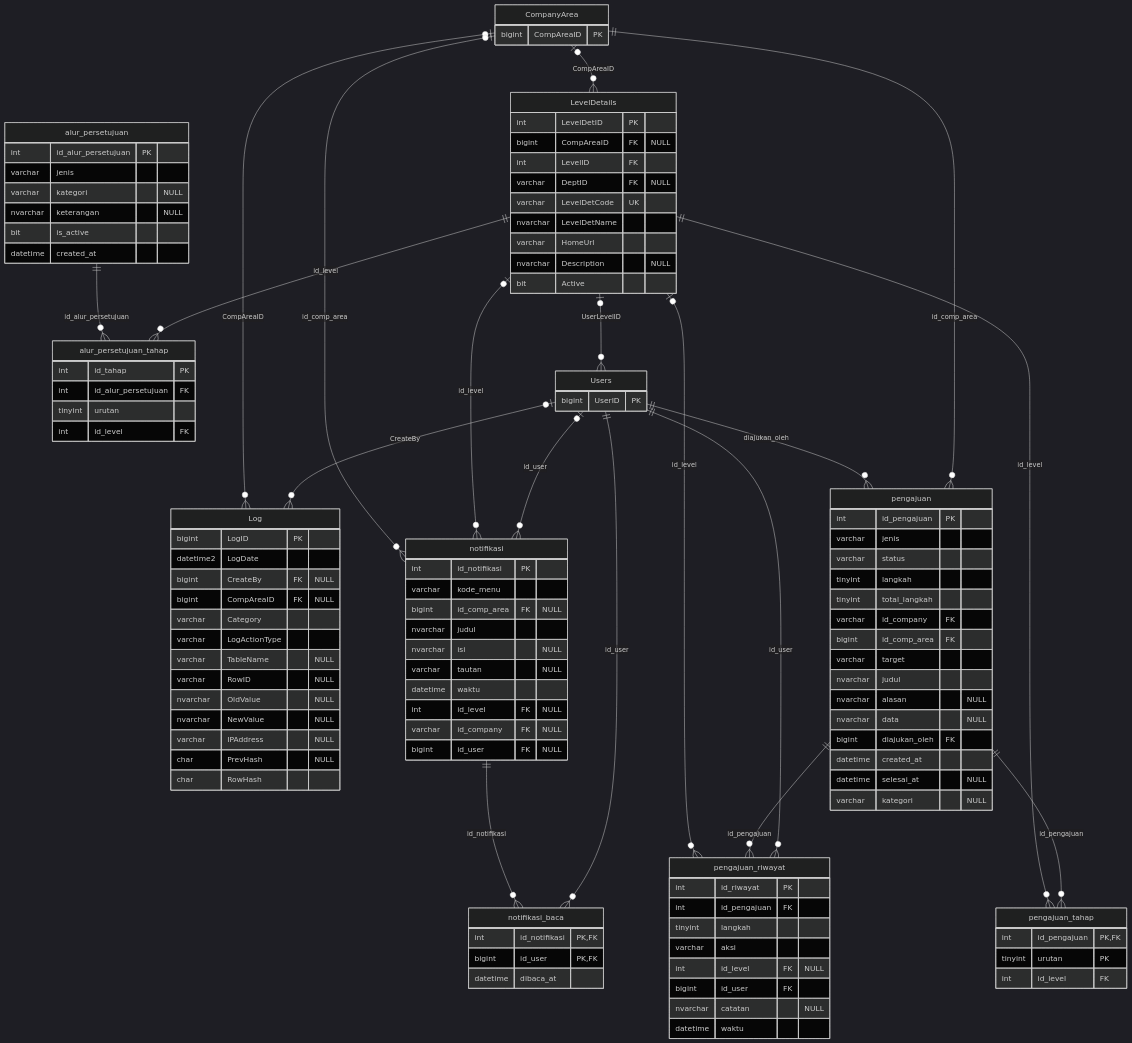
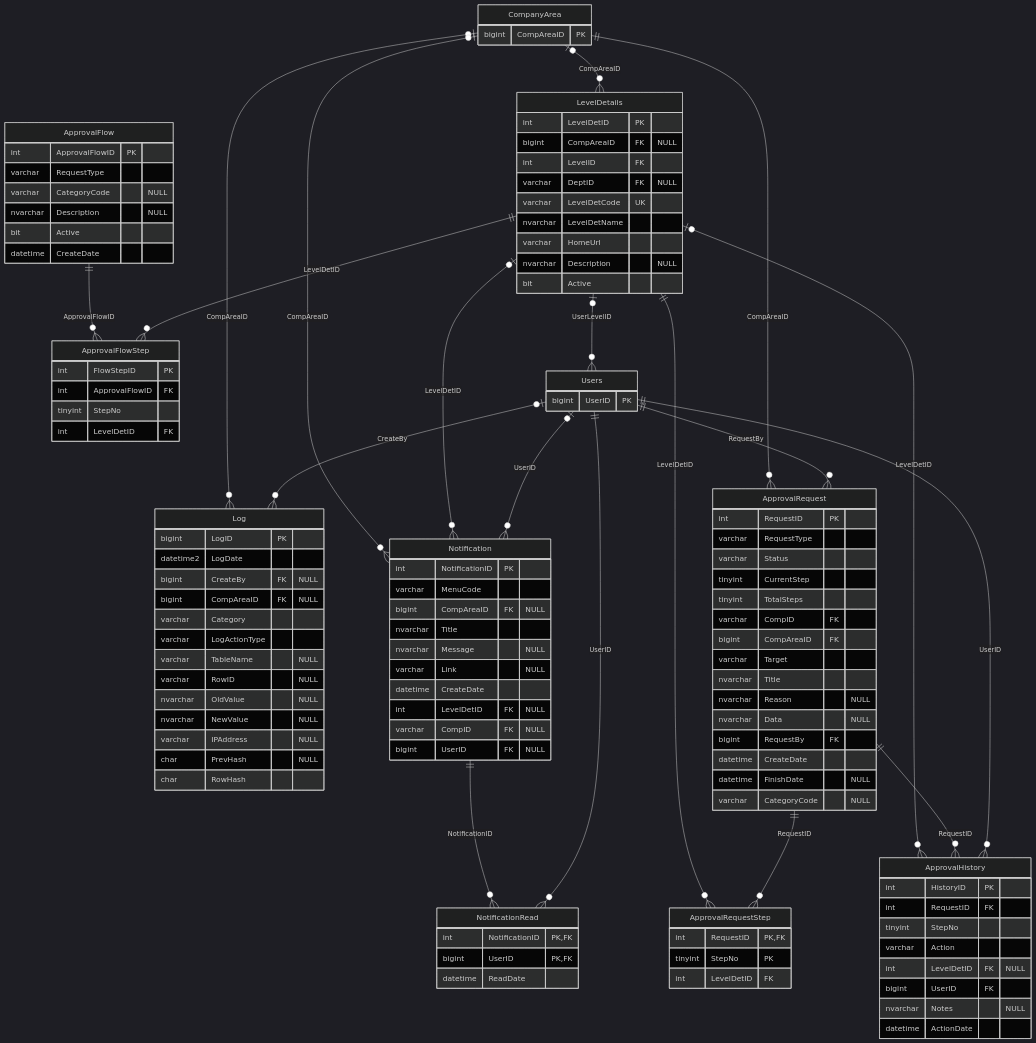
The diagram in docs/erd/05_log_persetujuan.mmd (aetheriin/timbangan_sawit_v2), drawn with Mermaid (dark theme) before and after one commit. The commit also changed 40 other files, not shown here.

First line of the commit message:
ERD Ladder Desk: tabel pendukung CPOS berbahasa Inggris (database konsisten)

```diff
--- a/docs/erd/05_log_persetujuan.mmd
+++ b/docs/erd/05_log_persetujuan.mmd
@@ -1,114 +1,114 @@
 erDiagram
     Log {
         bigint LogID PK
         datetime2 LogDate
         bigint CreateBy FK "NULL"
         bigint CompAreaID FK "NULL"
         varchar Category
         varchar LogActionType
         varchar TableName "NULL"
         varchar RowID "NULL"
         nvarchar OldValue "NULL"
         nvarchar NewValue "NULL"
         varchar IPAddress "NULL"
         char PrevHash "NULL"
         char RowHash
     }
-    pengajuan {
-        int id_pengajuan PK
-        varchar jenis
-        varchar status
-        tinyint langkah
-        tinyint total_langkah
-        varchar id_company FK
-        bigint id_comp_area FK
-        varchar target
-        nvarchar judul
-        nvarchar alasan "NULL"
-        nvarchar data "NULL"
-        bigint diajukan_oleh FK
-        datetime created_at
-        datetime selesai_at "NULL"
-        varchar kategori "NULL"
+    ApprovalRequest {
+        int RequestID PK
+        varchar RequestType
+        varchar Status
+        tinyint CurrentStep
+        tinyint TotalSteps
+        varchar CompID FK
+        bigint CompAreaID FK
+        varchar Target
+        nvarchar Title
+        nvarchar Reason "NULL"
+        nvarchar Data "NULL"
+        bigint RequestBy FK
+        datetime CreateDate
+        datetime FinishDate "NULL"
+        varchar CategoryCode "NULL"
     }
-    pengajuan_riwayat {
-        int id_riwayat PK
-        int id_pengajuan FK
-        tinyint langkah
-        varchar aksi
-        int id_level FK "NULL"
-        bigint id_user FK
-        nvarchar catatan "NULL"
-        datetime waktu
+    ApprovalHistory {
+        int HistoryID PK
+        int RequestID FK
+        tinyint StepNo
+        varchar Action
+        int LevelDetID FK "NULL"
+        bigint UserID FK
+        nvarchar Notes "NULL"
+        datetime ActionDate
     }
-    pengajuan_tahap {
-        int id_pengajuan PK,FK
-        tinyint urutan PK
-        int id_level FK
+    ApprovalRequestStep {
+        int RequestID PK,FK
+        tinyint StepNo PK
+        int LevelDetID FK
     }
-    alur_persetujuan {
-        int id_alur_persetujuan PK
-        varchar jenis
-        varchar kategori "NULL"
-        nvarchar keterangan "NULL"
-        bit is_active
-        datetime created_at
+    ApprovalFlow {
+        int ApprovalFlowID PK
+        varchar RequestType
+        varchar CategoryCode "NULL"
+        nvarchar Description "NULL"
+        bit Active
+        datetime CreateDate
     }
-    alur_persetujuan_tahap {
-        int id_tahap PK
-        int id_alur_persetujuan FK
-        tinyint urutan
-        int id_level FK
+    ApprovalFlowStep {
+        int FlowStepID PK
+        int ApprovalFlowID FK
+        tinyint StepNo
+        int LevelDetID FK
     }
     LevelDetails {
         int LevelDetID PK
         bigint CompAreaID FK "NULL"
         int LevelID FK
         varchar DeptID FK "NULL"
         varchar LevelDetCode UK
         nvarchar LevelDetName
         varchar HomeUrl
         nvarchar Description "NULL"
         bit Active
     }
-    notifikasi {
-        int id_notifikasi PK
-        varchar kode_menu
-        bigint id_comp_area FK "NULL"
-        nvarchar judul
-        nvarchar isi "NULL"
-        varchar tautan "NULL"
-        datetime waktu
-        int id_level FK "NULL"
-        varchar id_company FK "NULL"
-        bigint id_user FK "NULL"
+    Notification {
+        int NotificationID PK
+        varchar MenuCode
+        bigint CompAreaID FK "NULL"
+        nvarchar Title
+        nvarchar Message "NULL"
+        varchar Link "NULL"
+        datetime CreateDate
+        int LevelDetID FK "NULL"
+        varchar CompID FK "NULL"
+        bigint UserID FK "NULL"
     }
-    notifikasi_baca {
-        int id_notifikasi PK,FK
-        bigint id_user PK,FK
-        datetime dibaca_at
+    NotificationRead {
+        int NotificationID PK,FK
+        bigint UserID PK,FK
+        datetime ReadDate
     }
     Users {
         bigint UserID PK
     }
     CompanyArea {
         bigint CompAreaID PK
     }
-    alur_persetujuan ||--o{ alur_persetujuan_tahap : "id_alur_persetujuan"
-    LevelDetails ||--o{ alur_persetujuan_tahap : "id_level"
+    ApprovalFlow ||--o{ ApprovalFlowStep : "ApprovalFlowID"
+    LevelDetails ||--o{ ApprovalFlowStep : "LevelDetID"
+    LevelDetails |o--o{ ApprovalHistory : "LevelDetID"
+    ApprovalRequest ||--o{ ApprovalHistory : "RequestID"
+    Users ||--o{ ApprovalHistory : "UserID"
+    CompanyArea ||--o{ ApprovalRequest : "CompAreaID"
+    Users ||--o{ ApprovalRequest : "RequestBy"
+    LevelDetails ||--o{ ApprovalRequestStep : "LevelDetID"
+    ApprovalRequest ||--o{ ApprovalRequestStep : "RequestID"
     CompanyArea |o--o{ LevelDetails : "CompAreaID"
     CompanyArea |o--o{ Log : "CompAreaID"
     Users |o--o{ Log : "CreateBy"
-    CompanyArea |o--o{ notifikasi : "id_comp_area"
-    LevelDetails |o--o{ notifikasi : "id_level"
-    Users |o--o{ notifikasi : "id_user"
-    notifikasi ||--o{ notifikasi_baca : "id_notifikasi"
-    Users ||--o{ notifikasi_baca : "id_user"
-    Users ||--o{ pengajuan : "diajukan_oleh"
-    CompanyArea ||--o{ pengajuan : "id_comp_area"
-    LevelDetails |o--o{ pengajuan_riwayat : "id_level"
-    pengajuan ||--o{ pengajuan_riwayat : "id_pengajuan"
-    Users ||--o{ pengajuan_riwayat : "id_user"
-    LevelDetails ||--o{ pengajuan_tahap : "id_level"
-    pengajuan ||--o{ pengajuan_tahap : "id_pengajuan"
+    CompanyArea |o--o{ Notification : "CompAreaID"
+    LevelDetails |o--o{ Notification : "LevelDetID"
+    Users |o--o{ Notification : "UserID"
+    Notification ||--o{ NotificationRead : "NotificationID"
+    Users ||--o{ NotificationRead : "UserID"
     LevelDetails |o--o{ Users : "UserLevelID"
```
